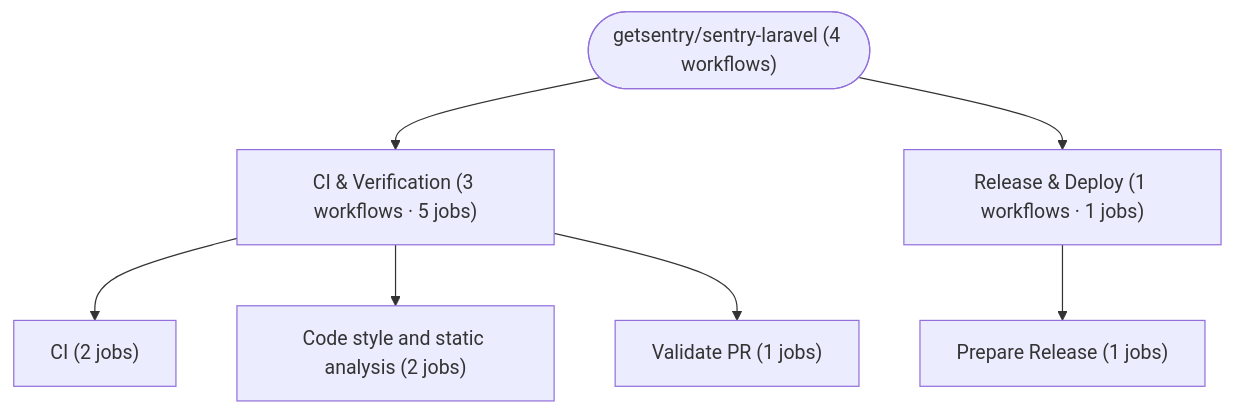
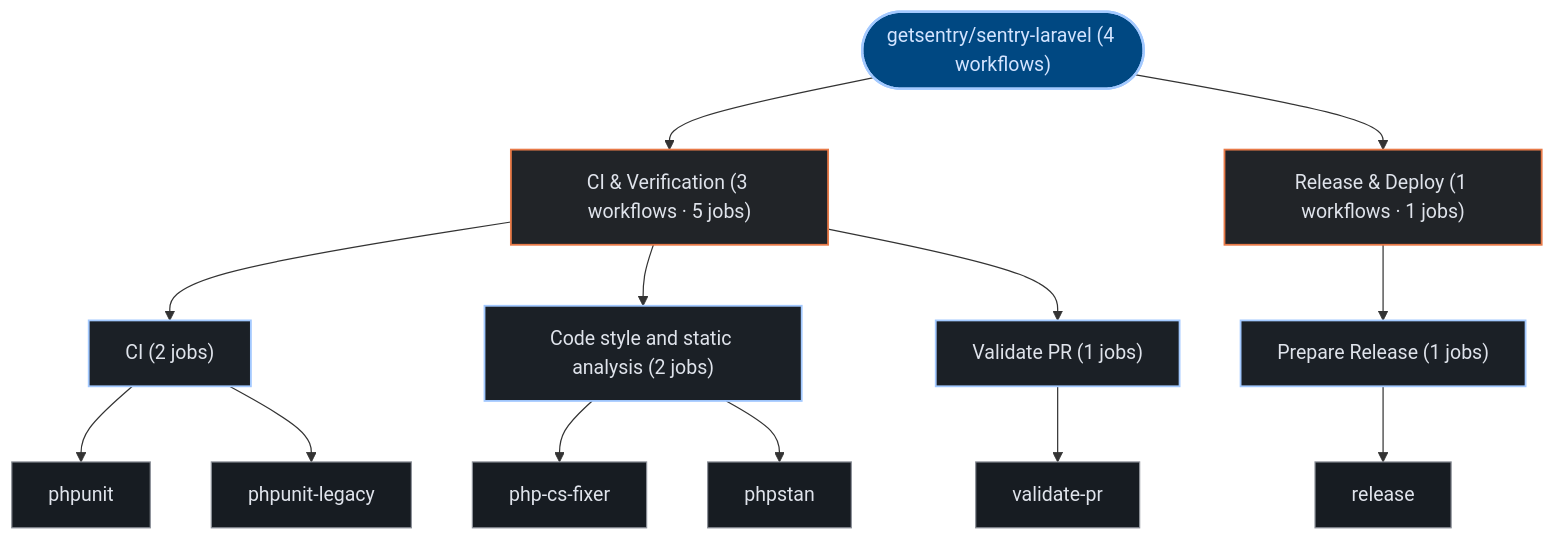
The third of 3 diagrams in exports/latest/reports/getsentry-sentry-laravel-report.md (kumarshaz/atruss-code-atlas), drawn with Mermaid before and after one commit. The commit also changed other lines of this file and 331 other files, not shown here.

Commit message:
docs,ui,fix: update SDLC docs, reorder CI/CD DAG first, stylize Mermaid, and fix Arc42 pipeline topology

````diff
--- a/exports/latest/reports/getsentry-sentry-laravel-report.md
+++ b/exports/latest/reports/getsentry-sentry-laravel-report.md
@@ -212,16 +223,35 @@
 ```mermaid
 graph TD;
-  pipeline_root(["getsentry/sentry-laravel (4 workflows)"])
-  grp_0_CI___Verification["CI & Verification (3 workflows · 5 jobs)"]
+  classDef atlasRoot fill:#004882,stroke:#a3c9ff,stroke-width:2px,color:#d3e4ff
+  classDef atlasCategory fill:#212428,stroke:#E87A48,stroke-width:1.5px,color:#dfe3eb
+  classDef atlasWorkflow fill:#1b2026,stroke:#a3c9ff,stroke-width:1.5px,color:#dfe3eb
+  classDef atlasJob fill:#171c22,stroke:#8d9199,stroke-width:1px,color:#dfe3eb
+  classDef atlasTarget fill:#005227,stroke:#8bd99b,stroke-width:1.5px,color:#a7f6b6
+  classDef atlasAlert fill:#93000a,stroke:#ffb4ab,stroke-width:1.5px,color:#ffdad6
+  classDef atlasMore fill:#252a31,stroke:#8d9199,stroke-dasharray:4 4,color:#c3c6cf
+  pipeline_root(["getsentry/sentry-laravel (4 workflows)"]):::atlasRoot
+  grp_0_CI___Verification["CI & Verification (3 workflows · 5 jobs)"]:::atlasCategory
   pipeline_root --> grp_0_CI___Verification
-  wf_0_CI["CI (2 jobs)"]
+  wf_0_CI["CI (2 jobs)"]:::atlasWorkflow
   grp_0_CI___Verification --> wf_0_CI
-  wf_1_Code_style_and_static_analysis["Code style and static analysis (2 jobs)"]
+  job_0_phpunit["phpunit"]:::atlasJob
+  job_0_phpunit_legacy["phpunit-legacy"]:::atlasJob
+  wf_0_CI --> job_0_phpunit
+  wf_0_CI --> job_0_phpunit_legacy
+  wf_1_Code_style_and_static_analysis["Code style and static analysis (2 jobs)"]:::atlasWorkflow
   grp_0_CI___Verification --> wf_1_Code_style_and_static_analysis
-  wf_3_Validate_PR["Validate PR (1 jobs)"]
+  job_1_php_cs_fixer["php-cs-fixer"]:::atlasJob
+  job_1_phpstan["phpstan"]:::atlasJob
+  wf_1_Code_style_and_static_analysis --> job_1_php_cs_fixer
+  wf_1_Code_style_and_static_analysis --> job_1_phpstan
+  wf_3_Validate_PR["Validate PR (1 jobs)"]:::atlasWorkflow
   grp_0_CI___Verification --> wf_3_Validate_PR
-  grp_1_Release___Deploy["Release & Deploy (1 workflows · 1 jobs)"]
+  job_3_validate_pr["validate-pr"]:::atlasJob
+  wf_3_Validate_PR --> job_3_validate_pr
+  grp_1_Release___Deploy["Release & Deploy (1 workflows · 1 jobs)"]:::atlasCategory
   pipeline_root --> grp_1_Release___Deploy
-  wf_2_Prepare_Release["Prepare Release (1 jobs)"]
+  wf_2_Prepare_Release["Prepare Release (1 jobs)"]:::atlasWorkflow
   grp_1_Release___Deploy --> wf_2_Prepare_Release
+  job_2_release["release"]:::atlasJob
+  wf_2_Prepare_Release --> job_2_release
 ```
````
